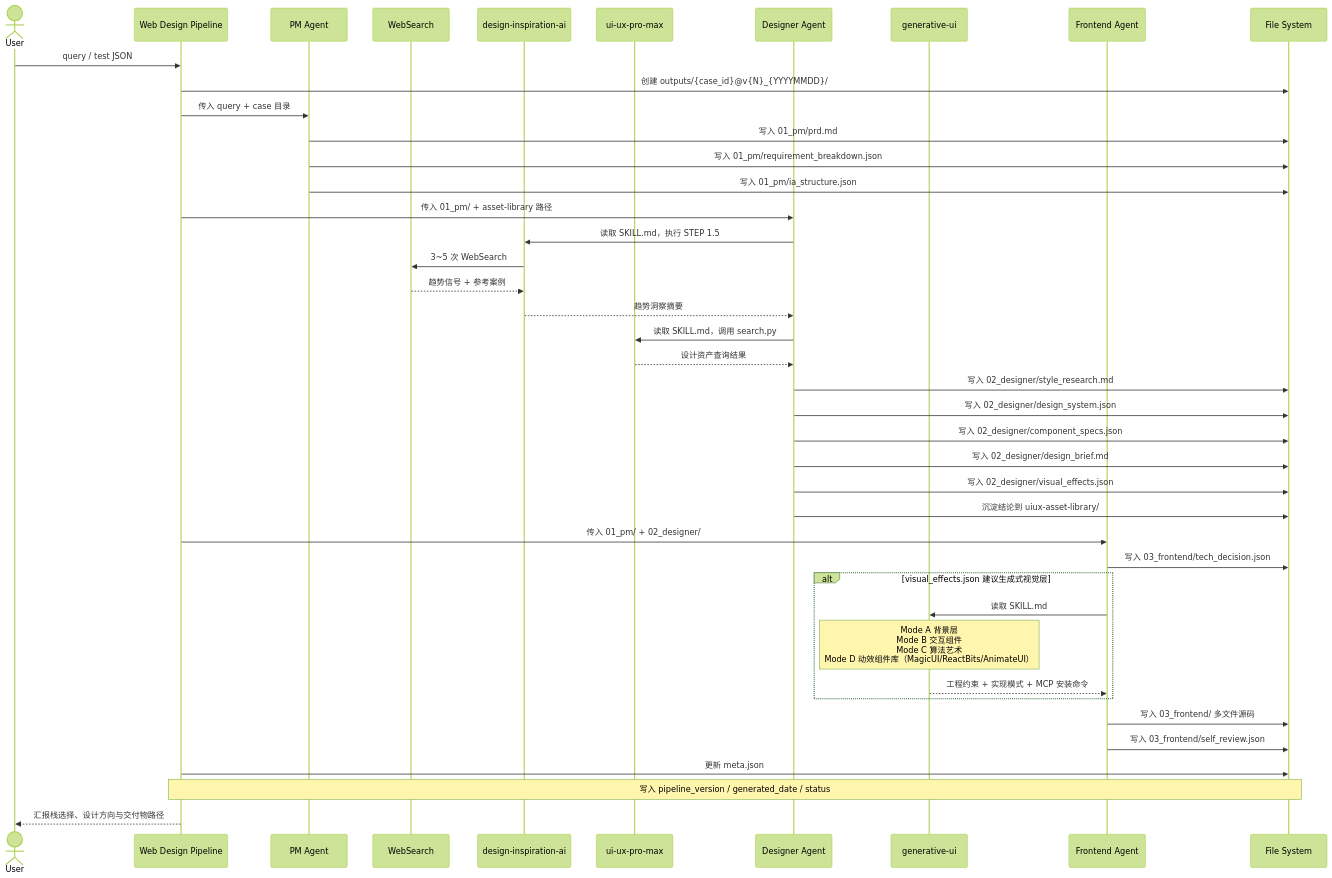
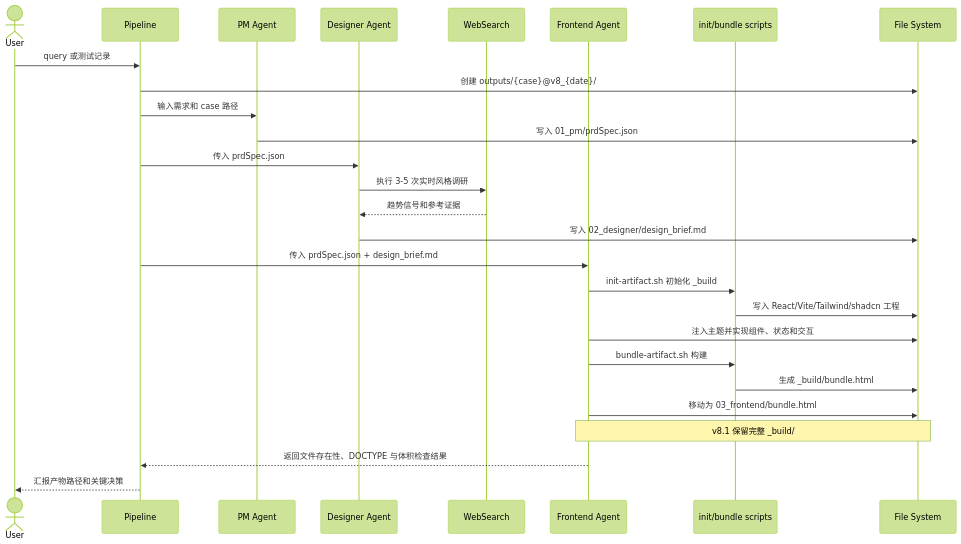
Before and after one commit to PlevanTem/ui-data-synth-pipeline: the second of 5 diagrams in ARCHITECTURE.md, drawn with Mermaid (forest theme). The commit also changed other lines of this file and 627 other files, not shown here.

Commit message:
chore: publish web design pipeline v8.1 current project

````diff
--- a/ARCHITECTURE.md
+++ b/ARCHITECTURE.md
@@ -180,49 +104,32 @@
 ```mermaid
 sequenceDiagram
     actor User
-    participant WDP  as Web Design Pipeline
-    participant PM   as PM Agent
-    participant SRCH as WebSearch
-    participant DI   as design-inspiration-ai
-    participant UU   as ui-ux-pro-max
-    participant D    as Designer Agent
-    participant GU   as generative-ui
-    participant FE   as Frontend Agent
-    participant FS   as File System
+    participant P as Pipeline
+    participant PM as PM Agent
+    participant D as Designer Agent
+    participant W as WebSearch
+    participant FE as Frontend Agent
+    participant S as init/bundle scripts
+    participant FS as File System
 
-    User ->> WDP : query / test JSON
+    User->>P: query 或测试记录
+    P->>FS: 创建 outputs/{case}@v8_{date}/
+    P->>PM: 输入需求和 case 路径
+    PM->>FS: 写入 01_pm/prdSpec.json
 
-    WDP ->> FS : 创建 outputs/{case_id}@v{N}_{YYYYMMDD}/
-    WDP ->> PM : 传入 query + case 目录
-    PM ->> FS : 写入 01_pm/prd.md
-    PM ->> FS : 写入 01_pm/requirement_breakdown.json
-    PM ->> FS : 写入 01_pm/ia_structure.json
+    P->>D: 传入 prdSpec.json
+    D->>W: 执行 3-5 次实时风格调研
+    W-->>D: 趋势信号和参考证据
+    D->>FS: 写入 02_designer/design_brief.md
 
-    WDP ->> D : 传入 01_pm/ + asset-library 路径
-    D ->> DI : 读取 SKILL.md，执行 STEP 1.5
-    DI ->> SRCH : 3~5 次 WebSearch
-    SRCH -->> DI : 趋势信号 + 参考案例
-    DI -->> D : 趋势洞察摘要
-    D ->> UU : 读取 SKILL.md，调用 search.py
-    UU -->> D : 设计资产查询结果
-    D ->> FS : 写入 02_designer/style_research.md
-    D ->> FS : 写入 02_designer/design_system.json
-    D ->> FS : 写入 02_designer/component_specs.json
-    D ->> FS : 写入 02_designer/design_brief.md
-    D ->> FS : 写入 02_designer/visual_effects.json
-    D ->> FS : 沉淀结论到 uiux-asset-library/
-
-    WDP ->> FE : 传入 01_pm/ + 02_designer/
-    FE ->> FS : 写入 03_frontend/tech_decision.json
-    alt visual_effects.json 建议生成式视觉层
-        FE ->> GU : 读取 SKILL.md
-        note over GU: Mode A 背景层<br/>Mode B 交互组件<br/>Mode C 算法艺术<br/>Mode D 动效组件库（MagicUI/ReactBits/AnimateUI）
-        GU -->> FE : 工程约束 + 实现模式 + MCP 安装命令
-    end
-    FE ->> FS : 写入 03_frontend/ 多文件源码
-    FE ->> FS : 写入 03_frontend/self_review.json
-    WDP ->> FS : 更新 meta.json
-    note over WDP,FS: 写入 pipeline_version / generated_date / status
-
-    WDP -->> User : 汇报栈选择、设计方向与交付物路径
+    P->>FE: 传入 prdSpec.json + design_brief.md
+    FE->>S: init-artifact.sh 初始化 _build
+    S->>FS: 写入 React/Vite/Tailwind/shadcn 工程
+    FE->>FS: 注入主题并实现组件、状态和交互
+    FE->>S: bundle-artifact.sh 构建
+    S->>FS: 生成 _build/bundle.html
+    FE->>FS: 移动为 03_frontend/bundle.html
+    Note over FE,FS: v8.1 保留完整 _build/
+    FE-->>P: 返回文件存在性、DOCTYPE 与体积检查结果
+    P-->>User: 汇报产物路径和关键决策
 ```
````
